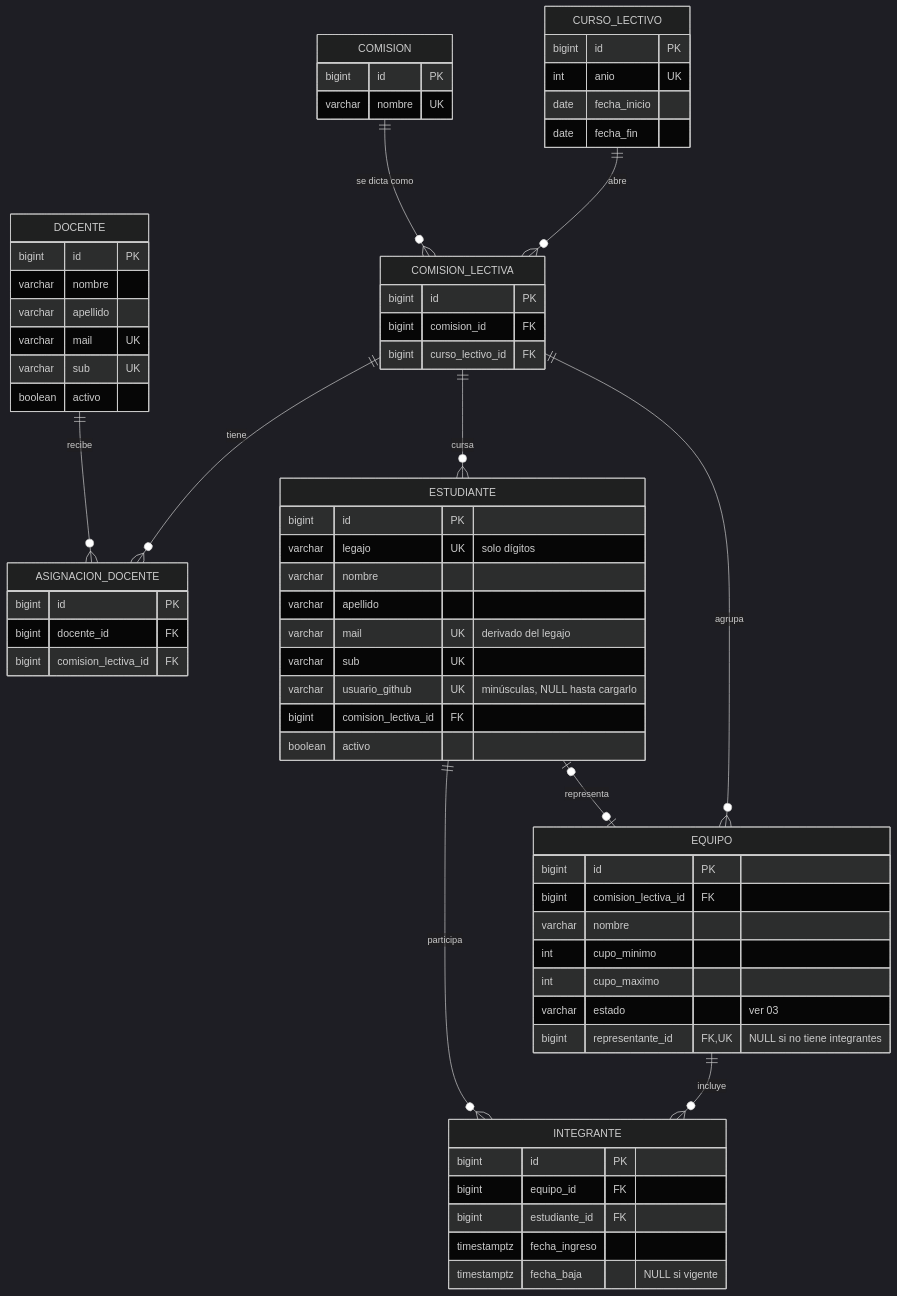
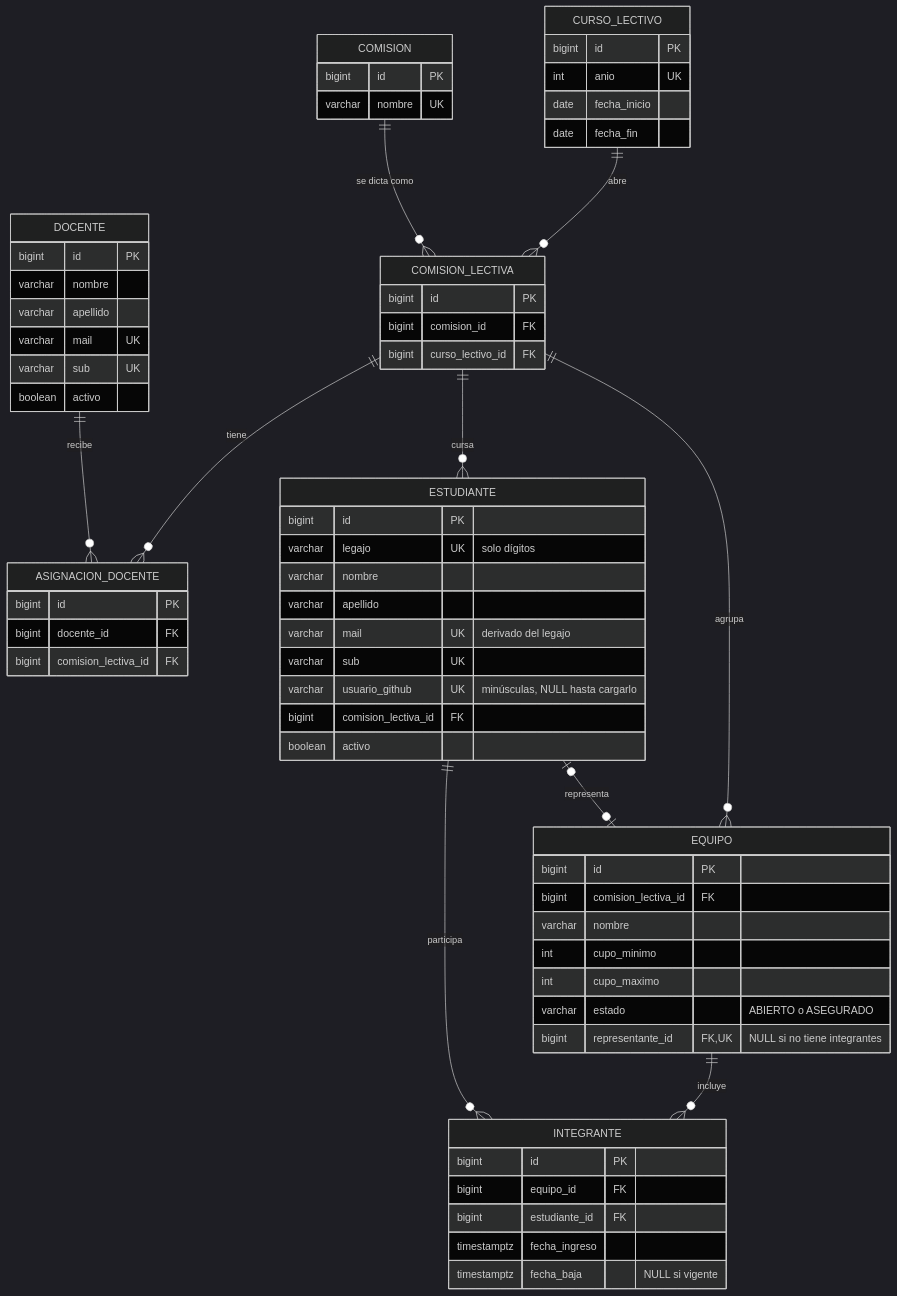
One commit to nicovillacorta12/atenas changed the first of 3 diagrams in docs/05-modelo-de-datos.md. Above: the diagram before and after it, drawn with Mermaid (dark theme). The commit also changed other lines of this file and 18 other files, not shown here.

````diff
--- a/docs/05-modelo-de-datos.md
+++ b/docs/05-modelo-de-datos.md
@@ -13,67 +13,67 @@
 ```mermaid
 erDiagram
     CURSO_LECTIVO ||--o{ COMISION_LECTIVA : "abre"
     COMISION ||--o{ COMISION_LECTIVA : "se dicta como"
     COMISION_LECTIVA ||--o{ ASIGNACION_DOCENTE : "tiene"
     DOCENTE ||--o{ ASIGNACION_DOCENTE : "recibe"
     COMISION_LECTIVA ||--o{ ESTUDIANTE : "cursa"
     COMISION_LECTIVA ||--o{ EQUIPO : "agrupa"
     EQUIPO ||--o{ INTEGRANTE : "incluye"
     ESTUDIANTE ||--o{ INTEGRANTE : "participa"
     ESTUDIANTE |o--o| EQUIPO : "representa"
     CURSO_LECTIVO {
         bigint id PK
         int anio UK
         date fecha_inicio
         date fecha_fin
     }
     COMISION {
         bigint id PK
         varchar nombre UK
     }
     COMISION_LECTIVA {
         bigint id PK
         bigint comision_id FK
         bigint curso_lectivo_id FK
     }
     DOCENTE {
         bigint id PK
         varchar nombre
         varchar apellido
         varchar mail UK
         varchar sub UK
         boolean activo
     }
     ASIGNACION_DOCENTE {
         bigint id PK
         bigint docente_id FK
         bigint comision_lectiva_id FK
     }
     ESTUDIANTE {
         bigint id PK
         varchar legajo UK "solo dígitos"
         varchar nombre
         varchar apellido
         varchar mail UK "derivado del legajo"
         varchar sub UK
         varchar usuario_github UK "minúsculas, NULL hasta cargarlo"
         bigint comision_lectiva_id FK
         boolean activo
     }
     EQUIPO {
         bigint id PK
         bigint comision_lectiva_id FK
         varchar nombre
         int cupo_minimo
         int cupo_maximo
-        varchar estado "ver 03"
+        varchar estado "ABIERTO o ASEGURADO"
         bigint representante_id FK,UK "NULL si no tiene integrantes"
     }
     INTEGRANTE {
         bigint id PK
         bigint equipo_id FK
         bigint estudiante_id FK
         timestamptz fecha_ingreso
         timestamptz fecha_baja "NULL si vigente"
     }
 ```
````
